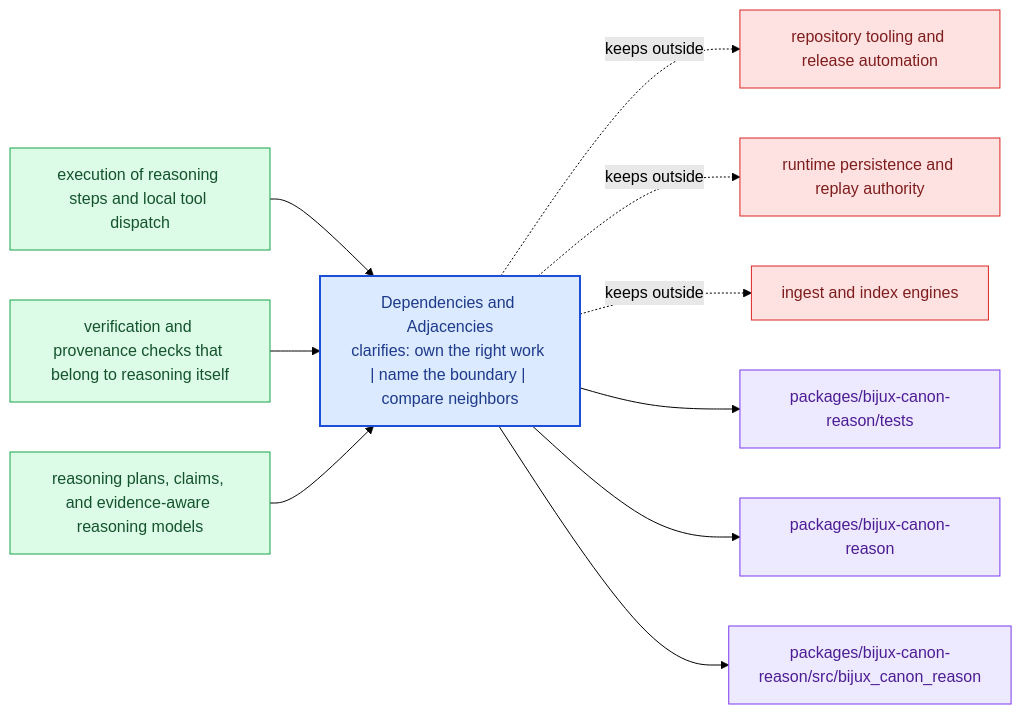
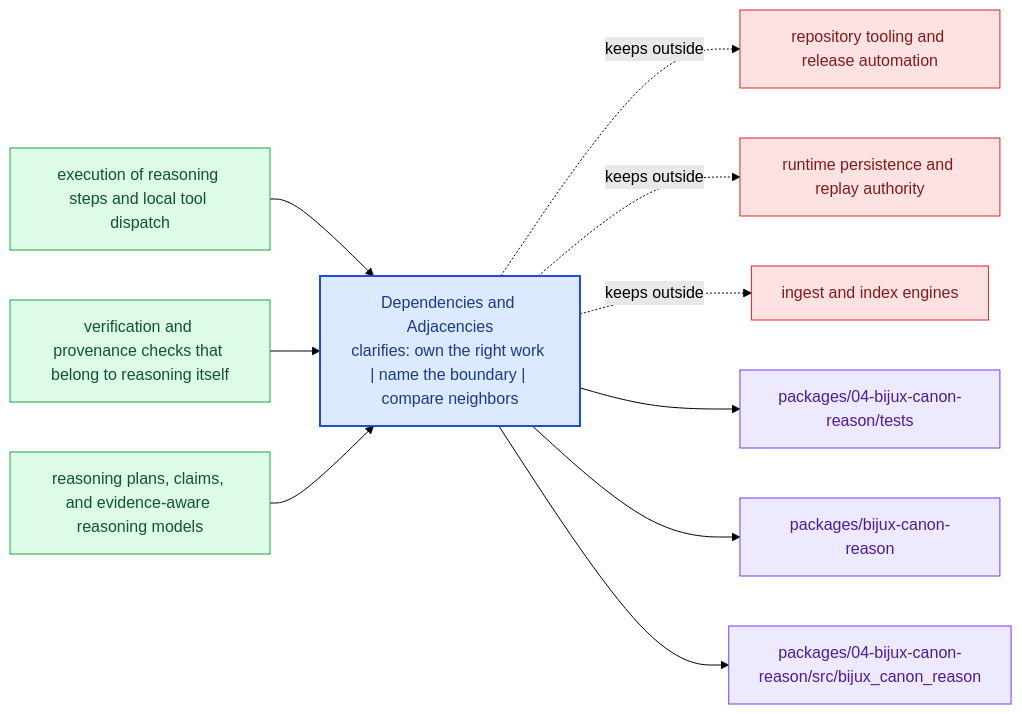
The diagram in docs/04-bijux-canon-reason/foundation/dependencies-and-adjacencies.md (bijux/bijux-canon), drawn with Mermaid (forest theme) before and after one commit. The commit also changed other lines of this file and 167 other files, not shown here.

````diff
--- a/docs/04-bijux-canon-reason/foundation/dependencies-and-adjacencies.md
+++ b/docs/04-bijux-canon-reason/foundation/dependencies-and-adjacencies.md
@@ -24,31 +24,31 @@
 ```mermaid
 flowchart LR
     page["Dependencies and Adjacencies<br/>clarifies: own the right work | name the boundary | compare neighbors"]
     classDef page fill:#dbeafe,stroke:#1d4ed8,color:#1e3a8a,stroke-width:2px;
     classDef positive fill:#dcfce7,stroke:#16a34a,color:#14532d;
     classDef caution fill:#fee2e2,stroke:#dc2626,color:#7f1d1d;
     classDef anchor fill:#ede9fe,stroke:#7c3aed,color:#4c1d95;
     classDef action fill:#fef3c7,stroke:#d97706,color:#7c2d12;
     own1["execution of reasoning steps and local tool dispatch"]
     own1 --> page
     own2["verification and provenance checks that belong to reasoning itself"]
     own2 --> page
     own3["reasoning plans, claims, and evidence-aware reasoning models"]
     own3 --> page
     limit1["repository tooling and release automation"]
     page -.keeps outside.-> limit1
     limit2["runtime persistence and replay authority"]
     page -.keeps outside.-> limit2
     limit3["ingest and index engines"]
     page -.keeps outside.-> limit3
-    anchor1["packages/bijux-canon-reason/tests"]
+    anchor1["packages/04-bijux-canon-reason/tests"]
     page --> anchor1
     anchor2["packages/bijux-canon-reason"]
     page --> anchor2
-    anchor3["packages/bijux-canon-reason/src/bijux_canon_reason"]
+    anchor3["packages/04-bijux-canon-reason/src/bijux_canon_reason"]
     page --> anchor3
     class page page;
     class own1,own2,own3 positive;
     class limit1,limit2,limit3 caution;
     class anchor1,anchor2,anchor3 anchor;
 ```
````
